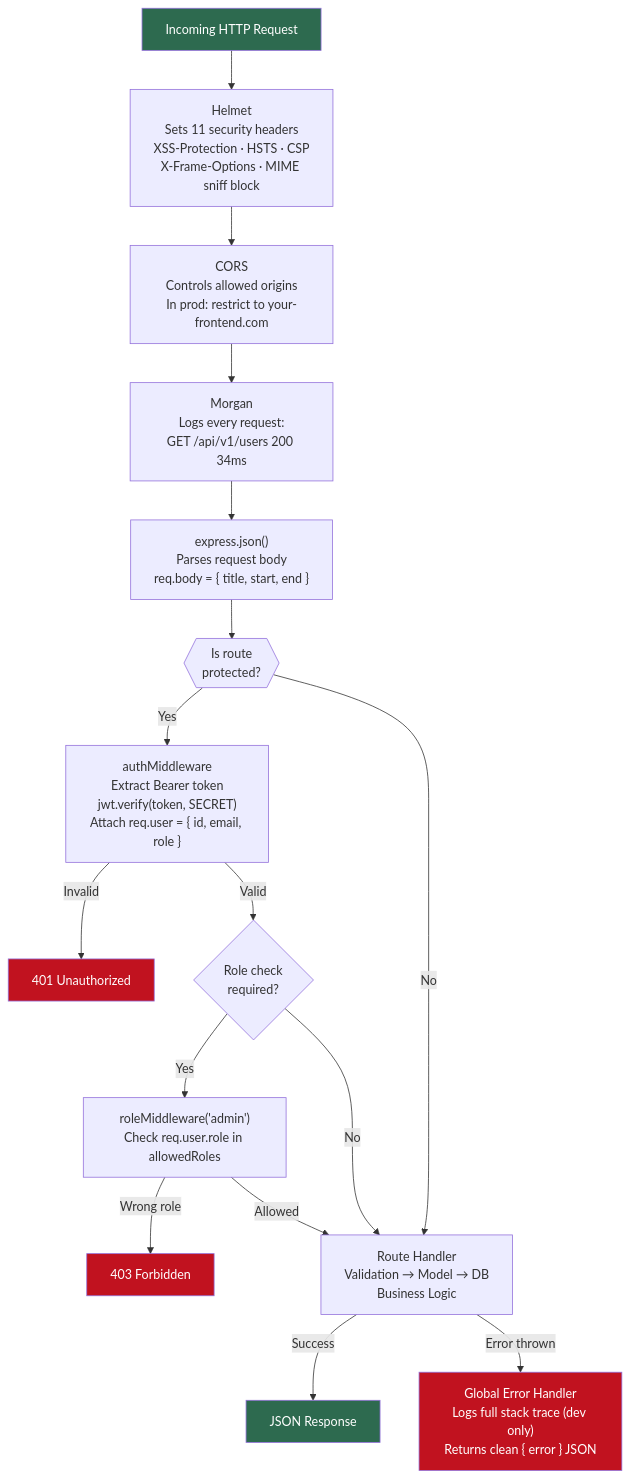
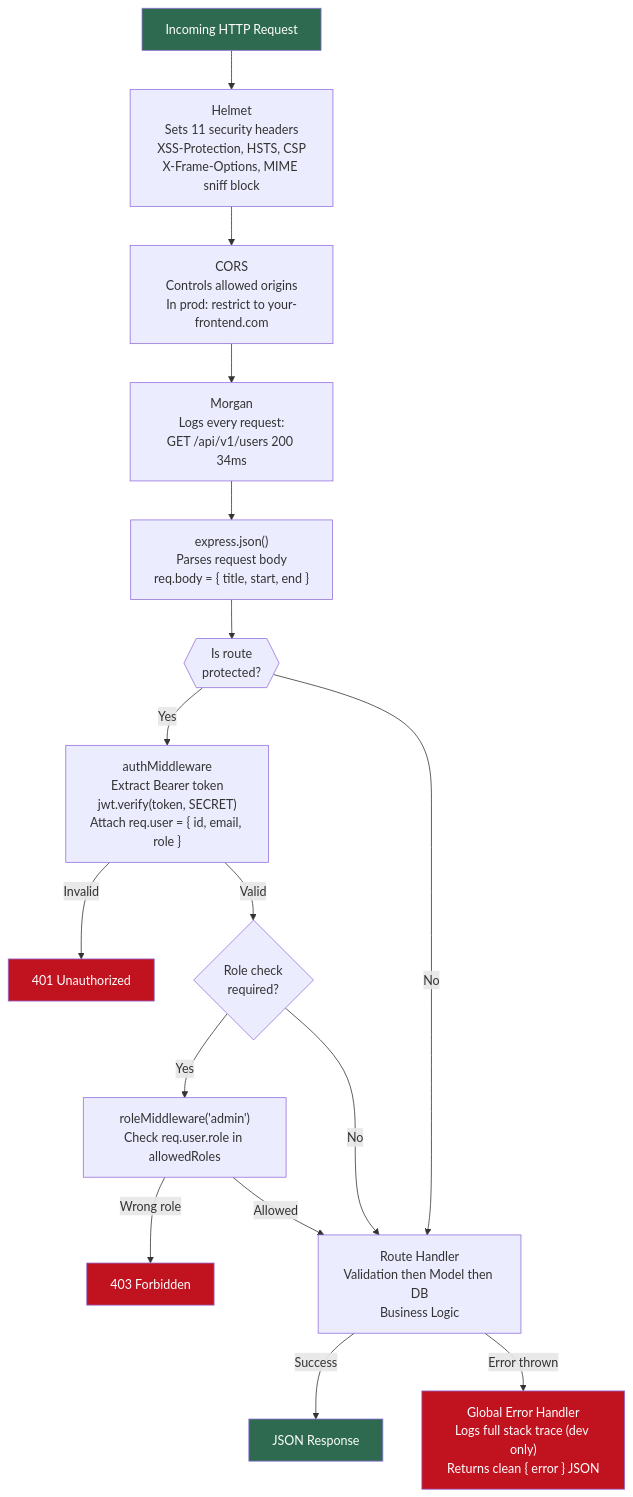
One commit to Ochanda-Charles/Event-scheduling-system changed the eighth of 15 diagrams in README.md. Above: the diagram before and after it, drawn with Mermaid. The commit also changed other lines of this file, not shown here.

Commit message:
docs: fix mermaid diagram rendering with proper indentation and syntax

````diff
--- a/README.md
+++ b/README.md
@@ -409,44 +409,44 @@
 ```mermaid
 flowchart TD
- Req[" Incoming HTTP Request"] --> H
+    Req["Incoming HTTP Request"] --> H
 
- H[" Helmet\nSets 11 security headers\nXSS-Protection · HSTS · CSP\nX-Frame-Options · MIME sniff block"]
- H --> C
+    H["Helmet\nSets 11 security headers\nXSS-Protection, HSTS, CSP\nX-Frame-Options, MIME sniff block"]
+    H --> C
 
- C[" CORS\nControls allowed origins\nIn prod: restrict to your-frontend.com"]
- C --> M
+    C["CORS\nControls allowed origins\nIn prod: restrict to your-frontend.com"]
+    C --> M
 
- M[" Morgan\nLogs every request:\nGET /api/v1/users 200 34ms"]
- M --> J
+    M["Morgan\nLogs every request:\nGET /api/v1/users 200 34ms"]
+    M --> J
 
- J[" express.json()\nParses request body\nreq.body = { title, start, end }"]
- J --> Decision
+    J["express.json()\nParses request body\nreq.body = { title, start, end }"]
+    J --> Decision
 
- Decision{{" Is route\nprotected?"}}
- Decision -- Yes --> AM
- Decision -- No --> RH
+    Decision{{"Is route\nprotected?"}}
+    Decision -- Yes --> AM
+    Decision -- No --> RH
 
- AM[" authMiddleware\nExtract Bearer token\njwt.verify(token, SECRET)\nAttach req.user = { id, email, role }"]
- AM -- " Invalid" --> E401["401 Unauthorized"]
- AM -- " Valid" --> RM
+    AM["authMiddleware\nExtract Bearer token\njwt.verify(token, SECRET)\nAttach req.user = { id, email, role }"]
+    AM -- "Invalid" --> E401["401 Unauthorized"]
+    AM -- "Valid" --> RM
 
- RM{" Role check\nrequired?"}
- RM -- Yes --> RoleMW
- RM -- No --> RH
+    RM{"Role check\nrequired?"}
+    RM -- Yes --> RoleMW
+    RM -- No --> RH
 
- RoleMW[" roleMiddleware('admin')\nCheck req.user.role in allowedRoles"]
- RoleMW -- " Wrong role" --> E403["403 Forbidden"]
- RoleMW -- " Allowed" --> RH
+    RoleMW["roleMiddleware('admin')\nCheck req.user.role in allowedRoles"]
+    RoleMW -- "Wrong role" --> E403["403 Forbidden"]
+    RoleMW -- "Allowed" --> RH
 
- RH[" Route Handler\nValidation → Model → DB\nBusiness Logic"]
- RH -- " Success" --> Res[" JSON Response"]
- RH -- " Error thrown" --> EH
+    RH["Route Handler\nValidation then Model then DB\nBusiness Logic"]
+    RH -- "Success" --> Res["JSON Response"]
+    RH -- "Error thrown" --> EH
 
- EH[" Global Error Handler\nLogs full stack trace (dev only)\nReturns clean { error } JSON"]
+    EH["Global Error Handler\nLogs full stack trace (dev only)\nReturns clean { error } JSON"]
 
- style Req fill:#2d6a4f,color:#fff
- style Res fill:#2d6a4f,color:#fff
- style E401 fill:#c1121f,color:#fff
- style E403 fill:#c1121f,color:#fff
- style EH fill:#c1121f,color:#fff
+    style Req fill:#2d6a4f,color:#fff
+    style Res fill:#2d6a4f,color:#fff
+    style E401 fill:#c1121f,color:#fff
+    style E403 fill:#c1121f,color:#fff
+    style EH fill:#c1121f,color:#fff
 ```
````
